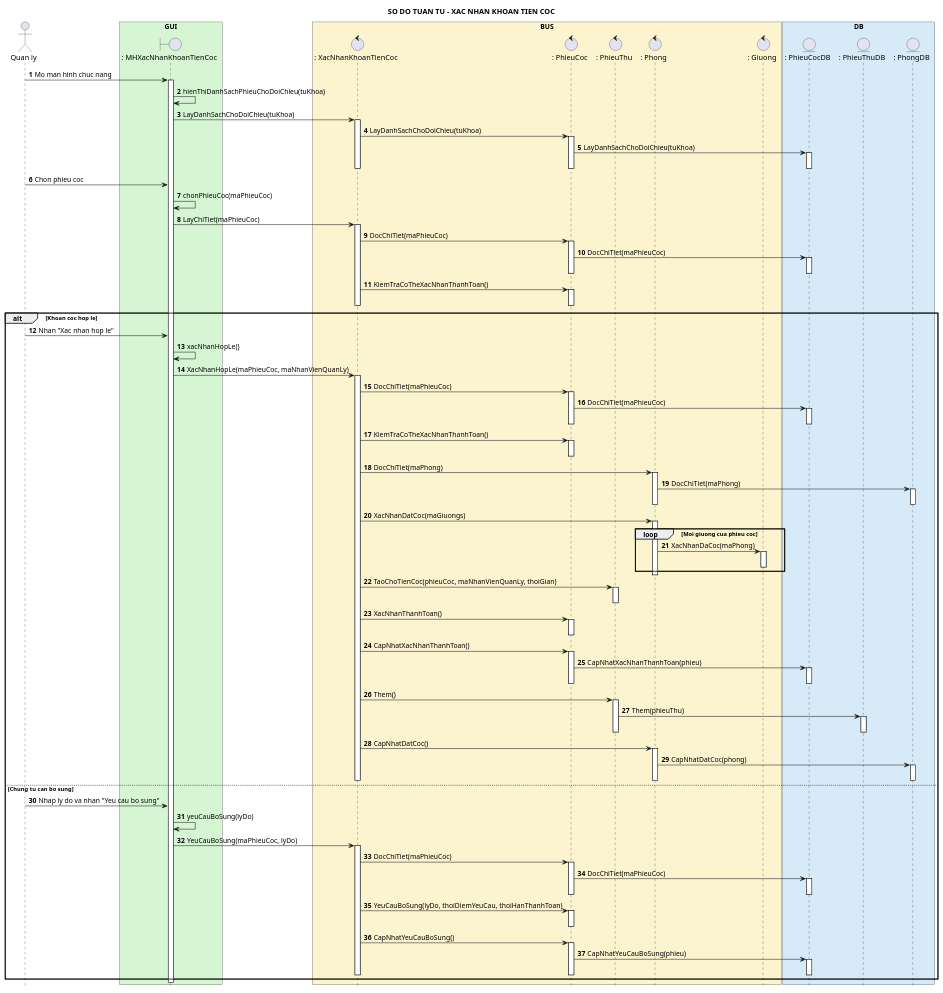
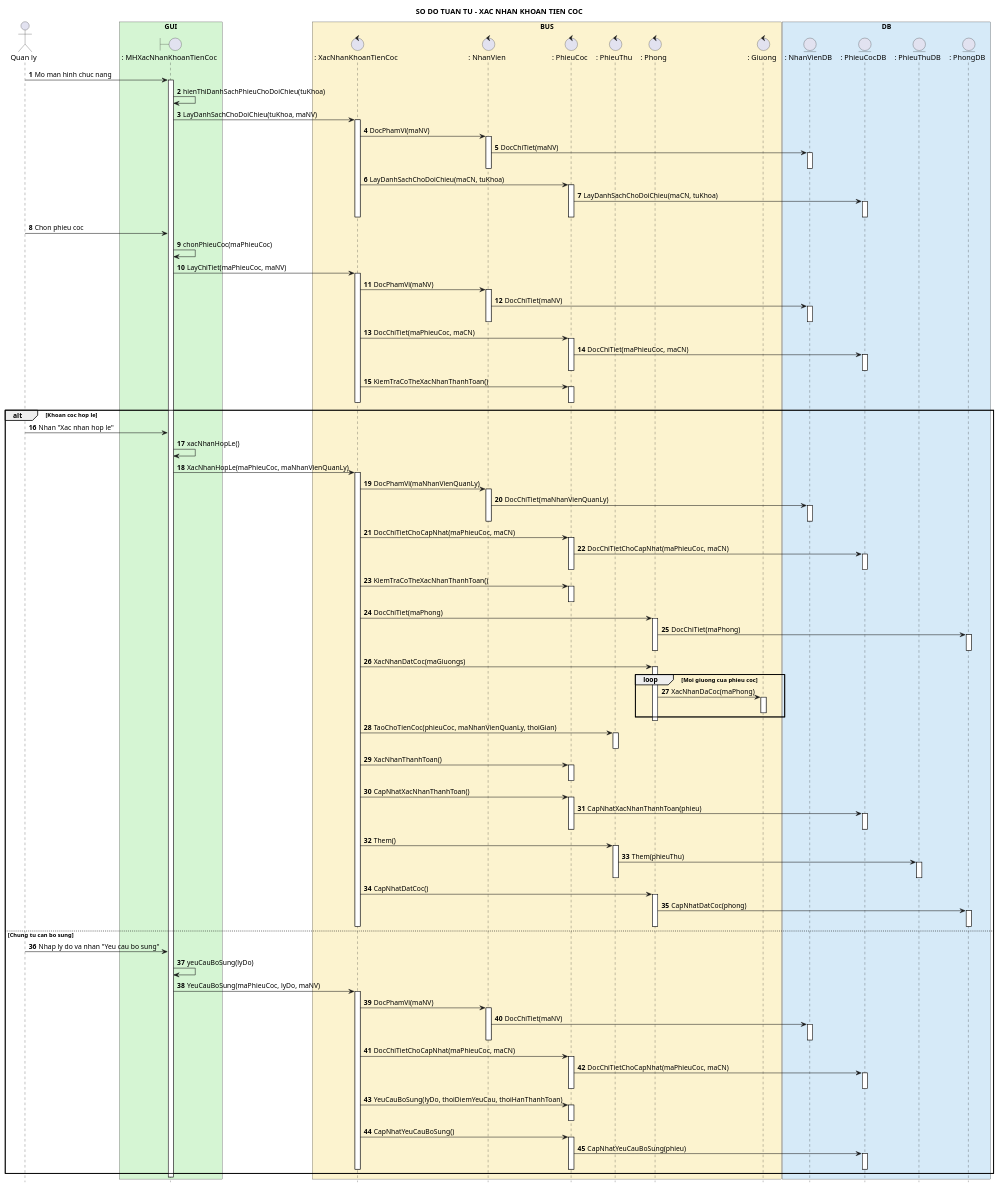
Before and after one commit to Ming1309/HomeStay-Dorm: the diagram in docs/uml/xac-nhan-khoan-tien-coc-sequence.puml, drawn with PlantUML. The commit also changed 64 other files, not shown here.

Commit message:
feat(uml): add validation script to enforce UML consistency and fix diagnostic errors

```diff
--- a/docs/uml/xac-nhan-khoan-tien-coc-sequence.puml
+++ b/docs/uml/xac-nhan-khoan-tien-coc-sequence.puml
@@ -1,133 +1,159 @@
 @startuml
 title SO DO TUAN TU - XAC NHAN KHOAN TIEN COC
 
 hide footbox
 autonumber 1 1
 skinparam shadowing false
 
 actor "Quan ly" as QL
 
 box "GUI" #D5F5D3
 boundary ": MHXacNhanKhoanTienCoc" as MH
 end box
 
 box "BUS" #FCF3CF
 control ": XacNhanKhoanTienCoc" as XN
+control ": NhanVien" as NV
 control ": PhieuCoc" as PC
 control ": PhieuThu" as PT
 control ": Phong" as P
 control ": Giuong" as G
 end box
 
 box "DB" #D6EAF8
+entity ": NhanVienDB" as NVDB
 entity ": PhieuCocDB" as PCDB
 entity ": PhieuThuDB" as PTDB
 entity ": PhongDB" as PDB
 end box
 
 QL -> MH : Mo man hinh chuc nang
 activate MH
 MH -> MH : hienThiDanhSachPhieuChoDoiChieu(tuKhoa)
-MH -> XN : LayDanhSachChoDoiChieu(tuKhoa)
+MH -> XN : LayDanhSachChoDoiChieu(tuKhoa, maNV)
 activate XN
-XN -> PC : LayDanhSachChoDoiChieu(tuKhoa)
+XN -> NV : DocPhamVi(maNV)
+activate NV
+NV -> NVDB : DocChiTiet(maNV)
+activate NVDB
+deactivate NVDB
+deactivate NV
+XN -> PC : LayDanhSachChoDoiChieu(maCN, tuKhoa)
 activate PC
-PC -> PCDB : LayDanhSachChoDoiChieu(tuKhoa)
+PC -> PCDB : LayDanhSachChoDoiChieu(maCN, tuKhoa)
 activate PCDB
 
 deactivate PCDB
 deactivate PC
 deactivate XN
 QL -> MH : Chon phieu coc
 MH -> MH : chonPhieuCoc(maPhieuCoc)
-MH -> XN : LayChiTiet(maPhieuCoc)
+MH -> XN : LayChiTiet(maPhieuCoc, maNV)
 activate XN
-XN -> PC : DocChiTiet(maPhieuCoc)
+XN -> NV : DocPhamVi(maNV)
+activate NV
+NV -> NVDB : DocChiTiet(maNV)
+activate NVDB
+deactivate NVDB
+deactivate NV
+XN -> PC : DocChiTiet(maPhieuCoc, maCN)
 activate PC
-PC -> PCDB : DocChiTiet(maPhieuCoc)
+PC -> PCDB : DocChiTiet(maPhieuCoc, maCN)
 activate PCDB
 deactivate PCDB
 deactivate PC
 XN -> PC : KiemTraCoTheXacNhanThanhToan()
 activate PC
 deactivate PC
 deactivate XN
 
 alt Khoan coc hop le
   QL -> MH : Nhan "Xac nhan hop le"
   MH -> MH : xacNhanHopLe()
   MH -> XN : XacNhanHopLe(maPhieuCoc, maNhanVienQuanLy)
   activate XN
-  XN -> PC : DocChiTiet(maPhieuCoc)
+  XN -> NV : DocPhamVi(maNhanVienQuanLy)
+  activate NV
+  NV -> NVDB : DocChiTiet(maNhanVienQuanLy)
+  activate NVDB
+  deactivate NVDB
+  deactivate NV
+  XN -> PC : DocChiTietChoCapNhat(maPhieuCoc, maCN)
   activate PC
-  PC -> PCDB : DocChiTiet(maPhieuCoc)
+  PC -> PCDB : DocChiTietChoCapNhat(maPhieuCoc, maCN)
   activate PCDB
 deactivate PCDB
 deactivate PC
   XN -> PC : KiemTraCoTheXacNhanThanhToan()
   activate PC
 deactivate PC
   XN -> P : DocChiTiet(maPhong)
   activate P
   P -> PDB : DocChiTiet(maPhong)
   activate PDB
 deactivate PDB
 deactivate P
   XN -> P : XacNhanDatCoc(maGiuongs)
   activate P
   loop Moi giuong cua phieu coc
     P -> G : XacNhanDaCoc(maPhong)
     activate G
     deactivate G
   end
 deactivate P
   XN -> PT : TaoChoTienCoc(phieuCoc, maNhanVienQuanLy, thoiGian)
   activate PT
 deactivate PT
   XN -> PC : XacNhanThanhToan()
   activate PC
 deactivate PC
   XN -> PC : CapNhatXacNhanThanhToan()
   activate PC
   PC -> PCDB : CapNhatXacNhanThanhToan(phieu)
   activate PCDB
 deactivate PCDB
 deactivate PC
   XN -> PT : Them()
   activate PT
   PT -> PTDB : Them(phieuThu)
   activate PTDB
 deactivate PTDB
 deactivate PT
   XN -> P : CapNhatDatCoc()
   activate P
   P -> PDB : CapNhatDatCoc(phong)
   activate PDB
 deactivate PDB
 deactivate P
 deactivate XN
 else Chung tu can bo sung
   QL -> MH : Nhap ly do va nhan "Yeu cau bo sung"
   MH -> MH : yeuCauBoSung(lyDo)
-  MH -> XN : YeuCauBoSung(maPhieuCoc, lyDo)
+  MH -> XN : YeuCauBoSung(maPhieuCoc, lyDo, maNV)
   activate XN
-  XN -> PC : DocChiTiet(maPhieuCoc)
+  XN -> NV : DocPhamVi(maNV)
+  activate NV
+  NV -> NVDB : DocChiTiet(maNV)
+  activate NVDB
+  deactivate NVDB
+  deactivate NV
+  XN -> PC : DocChiTietChoCapNhat(maPhieuCoc, maCN)
   activate PC
-  PC -> PCDB : DocChiTiet(maPhieuCoc)
+  PC -> PCDB : DocChiTietChoCapNhat(maPhieuCoc, maCN)
   activate PCDB
 deactivate PCDB
 deactivate PC
   XN -> PC : YeuCauBoSung(lyDo, thoiDiemYeuCau, thoiHanThanhToan)
   activate PC
 deactivate PC
   XN -> PC : CapNhatYeuCauBoSung()
   activate PC
   PC -> PCDB : CapNhatYeuCauBoSung(phieu)
   activate PCDB
 deactivate PCDB
 deactivate PC
 deactivate XN
 end
 
 deactivate MH
 @enduml
```
